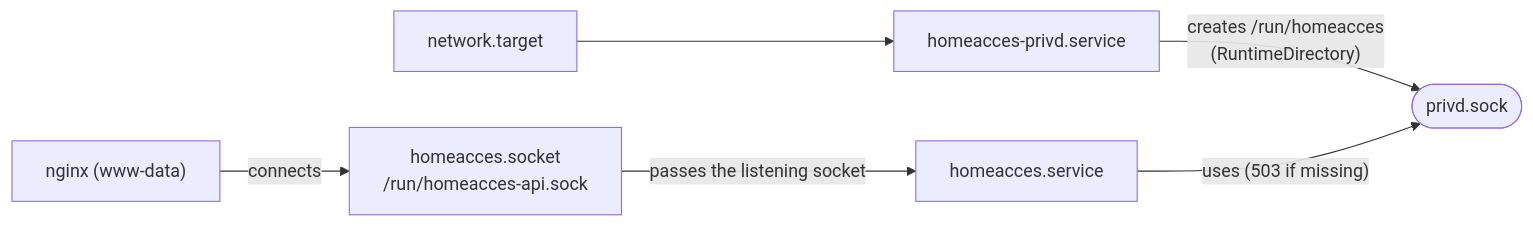
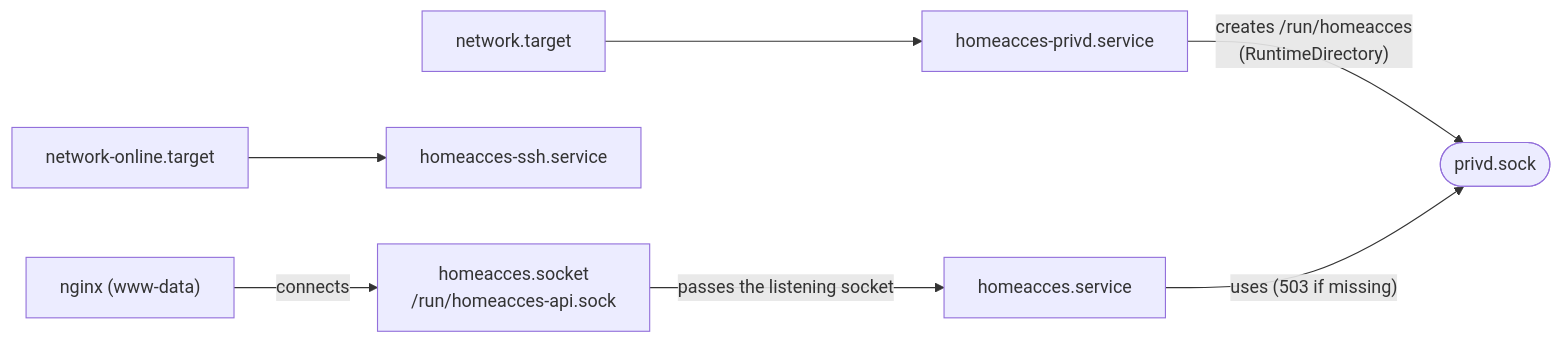
Before and after one commit to juanecito/Home_Access_Web: the fourth of 6 diagrams in doc/06-deployment.md, drawn with Mermaid. The commit also changed other lines of this file and 40 other files, not shown here.

````diff
--- a/doc/06-deployment.md
+++ b/doc/06-deployment.md
@@ -205,8 +224,9 @@
 ```mermaid
 flowchart LR
     NT["network.target"] --> PRIV["homeacces-privd.service"]
+    NO["network-online.target"] --> SSHS["homeacces-ssh.service"]
     SK["homeacces.socket<br/>/run/homeacces-api.sock"] -- "passes the listening socket" --> API["homeacces.service"]
     NG["nginx (www-data)"] -- connects --> SK
     PRIV -- "creates /run/homeacces<br/>(RuntimeDirectory)" --> SOCK(["privd.sock"])
     API -- "uses (503 if missing)" --> SOCK
 ```
````
